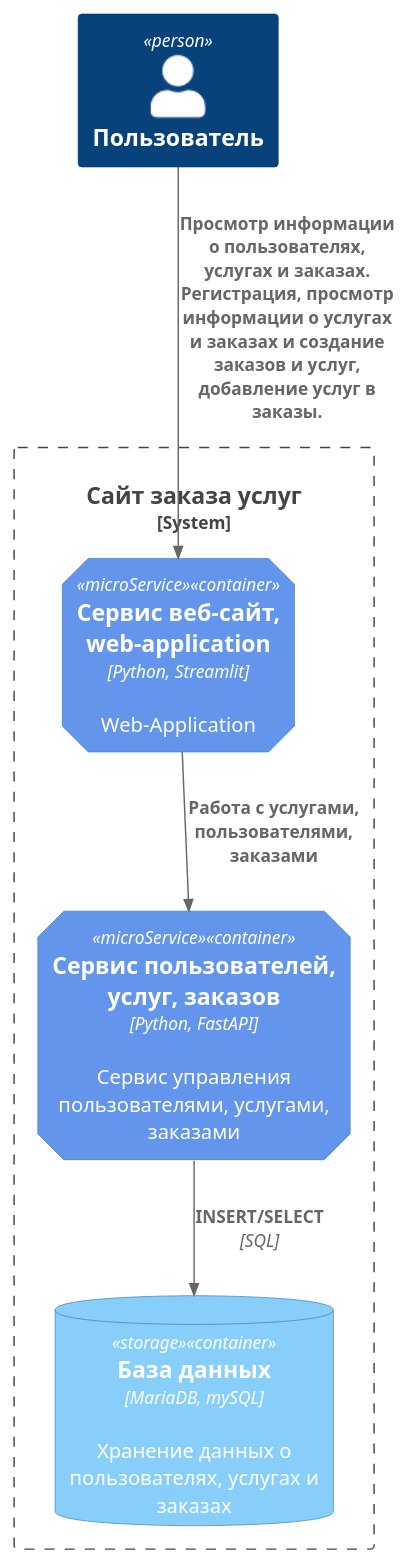
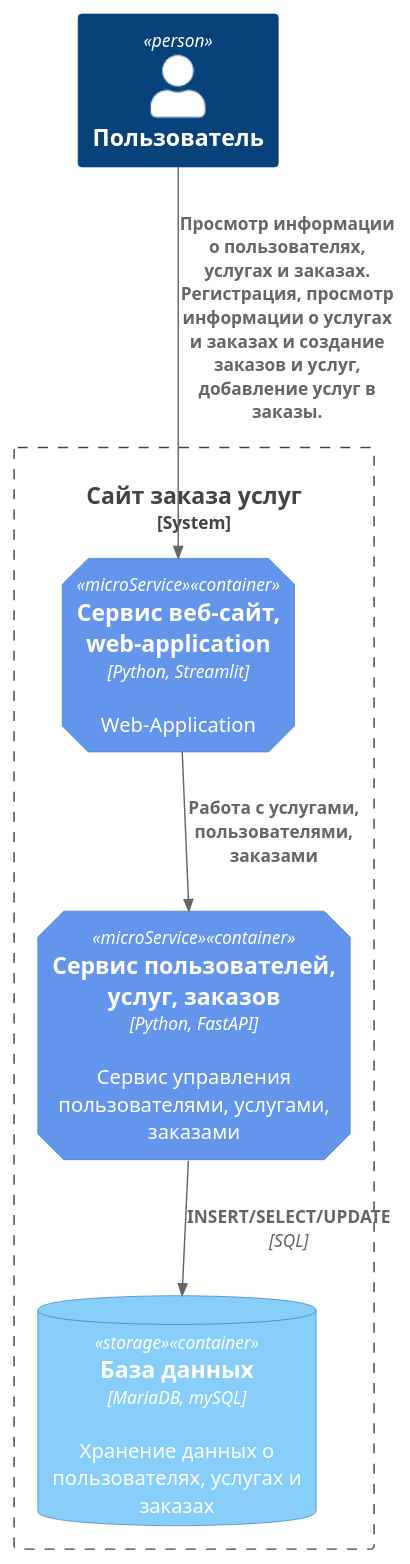
The diagram in umls/companent_diagram.iuml (KoryakovDmitry/hl_mai_lab_01_python), drawn with PlantUML before and after one commit. The commit also changed 1 other file, not shown here.

```diff
--- a/umls/companent_diagram.iuml
+++ b/umls/companent_diagram.iuml
@@ -1,20 +1,20 @@
 @startuml
 !include https://raw.githubusercontent.com/plantuml-stdlib/C4-PlantUML/master/C4_Container.puml
 
 AddElementTag("microService", $shape=EightSidedShape(), $bgColor="CornflowerBlue", $fontColor="white", $legendText="microservice")
 AddElementTag("storage", $shape=RoundedBoxShape(), $bgColor="lightSkyBlue", $fontColor="white")
 
 Person(user, "Пользователь")
 
 System_Boundary(service_order_site, "Сайт заказа услуг") {
    Container(web_site, "Сервис веб-сайт, web-application", "Python, Streamlit", "Web-Application", $tags = "microService")
    Container(user_service_order_service, "Сервис пользователей, услуг, заказов", "Python, FastAPI", "Сервис управления пользователями, услугами, заказами", $tags = "microService")
    ContainerDb(db, "База данных", "MariaDB, mySQL", "Хранение данных о пользователях, услугах и заказах", $tags = "storage")
 }
 
 Rel(user, web_site, "Просмотр информации о пользователях, услугах и заказах. Регистрация, просмотр информации о услугах и заказах и создание заказов и услуг, добавление услуг в заказы.")
 
 Rel(web_site, user_service_order_service, "Работа с услугами, пользователями, заказами")
-Rel(user_service_order_service, db, "INSERT/SELECT", "SQL")
+Rel(user_service_order_service, db, "INSERT/SELECT/UPDATE", "SQL")
 
 @enduml
```
